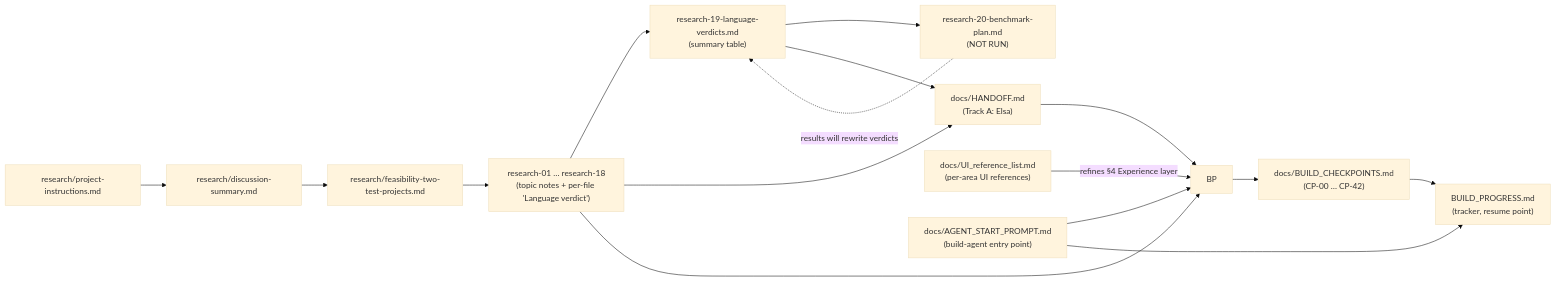
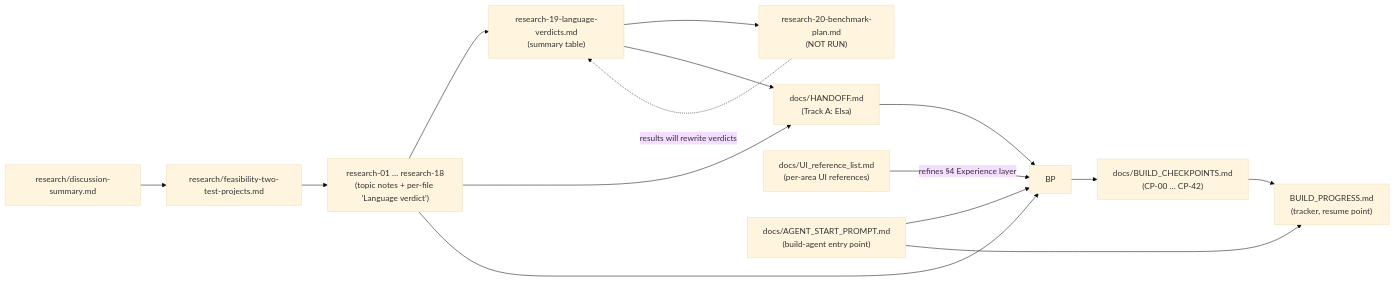
Before and after one commit to MaxNife/WorkTree: the first of 4 diagrams in docs/SYSTEM_DESIGN.md, drawn with Mermaid (base theme). The commit also changed other lines of this file and 12 other files, not shown here.

````diff
--- a/docs/SYSTEM_DESIGN.md
+++ b/docs/SYSTEM_DESIGN.md
@@ -108,18 +107,17 @@
 ```mermaid
 flowchart LR
-  PI["research/project-instructions.md"] --> DS["research/discussion-summary.md"]
-  DS --> FE["research/feasibility-two-test-projects.md"]
+  DS["research/discussion-summary.md"] --> FE["research/feasibility-two-test-projects.md"]
   FE --> R01["research-01 … research-18<br/>(topic notes + per-file 'Language verdict')"]
   R01 --> R19["research-19-language-verdicts.md<br/>(summary table)"]
   R19 --> R20["research-20-benchmark-plan.md<br/>(NOT RUN)"]
   R20 -. "results will rewrite verdicts" .-> R19
   R01 --> HO["docs/HANDOFF.md<br/>(Track A: Elsa)"]
   R19 --> HO
   HO --> BP
   R01 --> BP
   UI["docs/UI_reference_list.md<br/>(per-area UI references)"] -->|refines §4 Experience layer| BP
   BP --> CPS["docs/BUILD_CHECKPOINTS.md<br/>(CP-00 … CP-42)"]
   ASP["docs/AGENT_START_PROMPT.md<br/>(build-agent entry point)"] --> BP
   ASP --> PROG["BUILD_PROGRESS.md<br/>(tracker, resume point)"]
   CPS --> PROG
 ```
````
